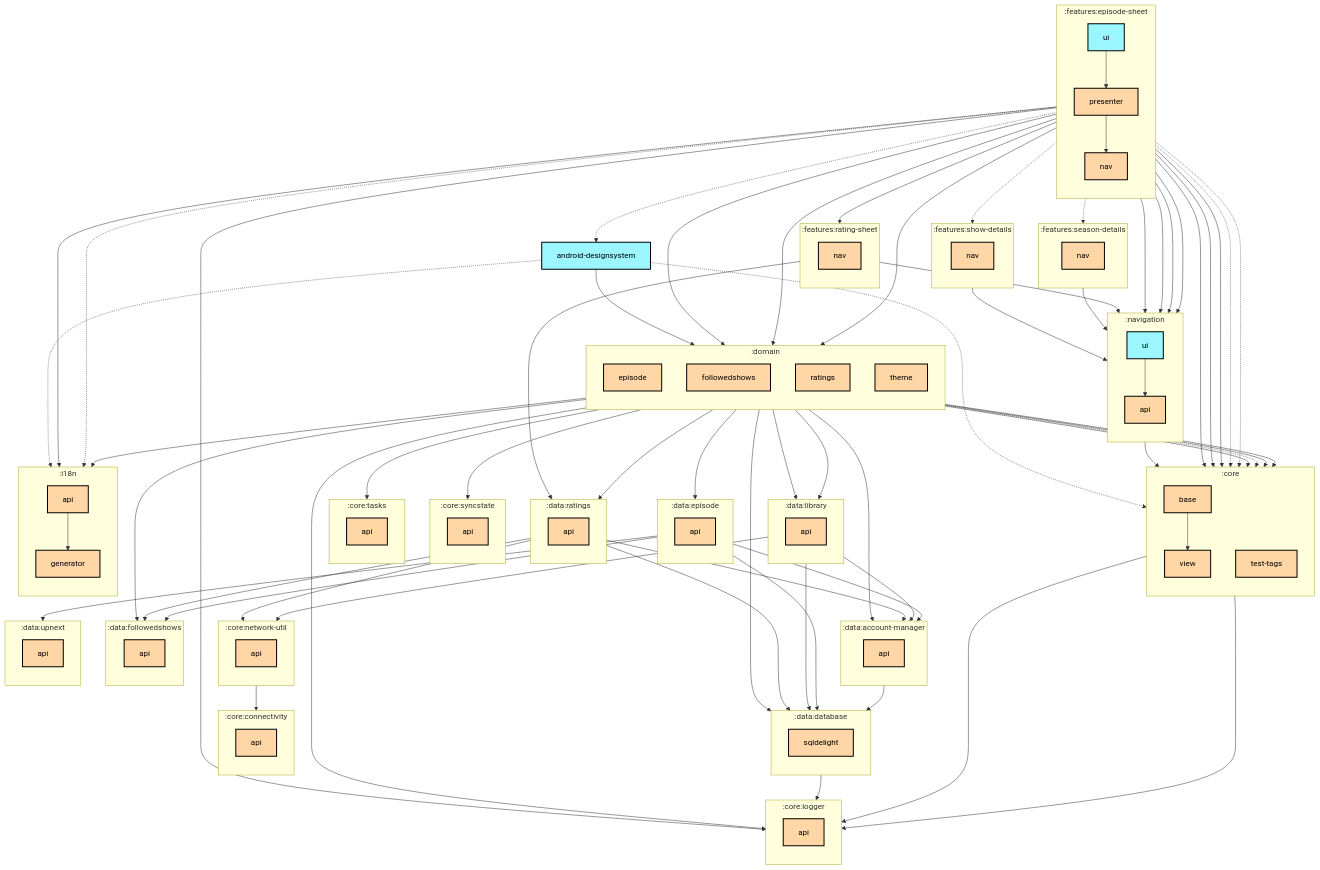
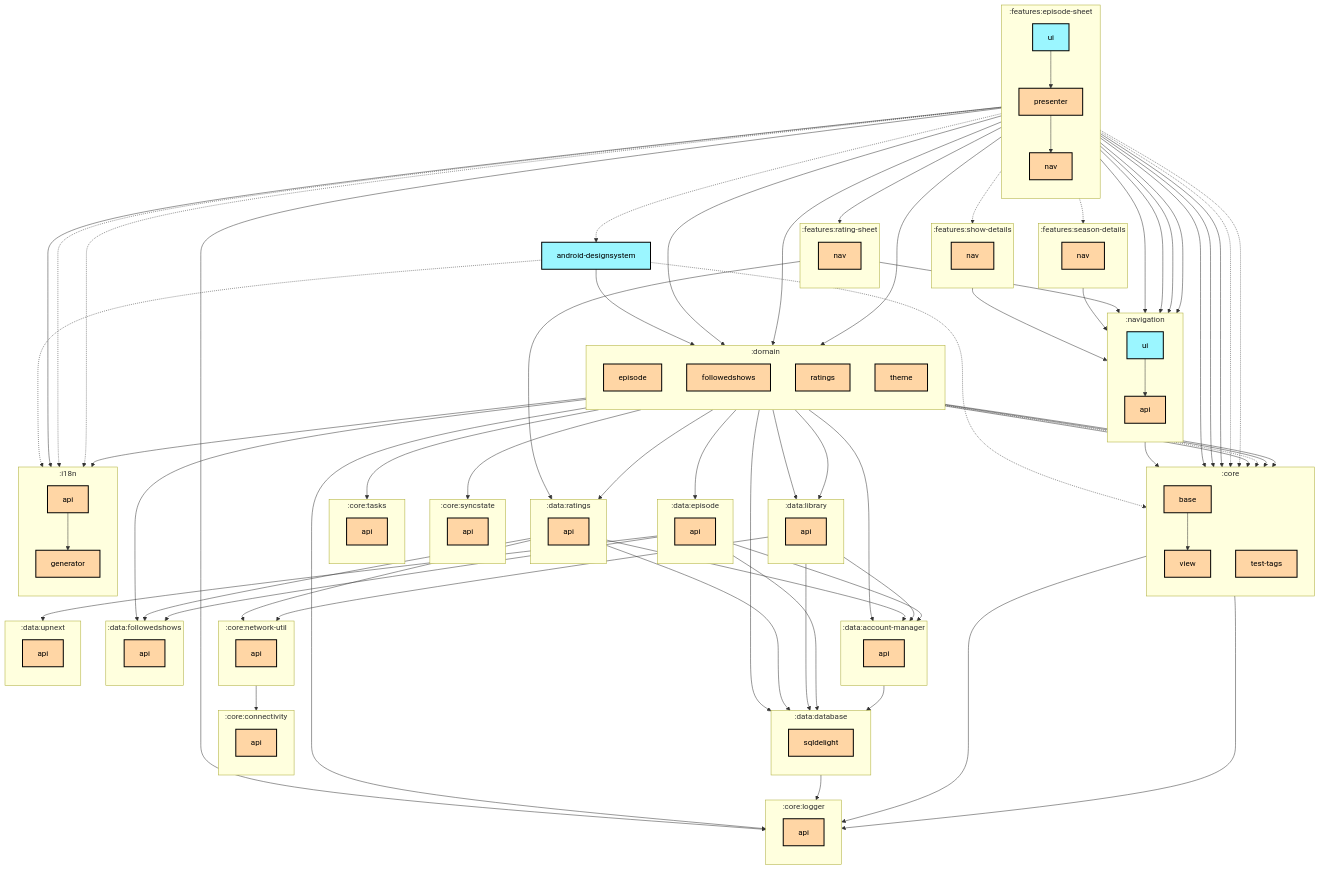
One commit to thomaskioko/tv-maniac changed the first of 2 diagrams in features/episode-sheet/ui/README.md. Above: the diagram before and after it, drawn with Mermaid. The commit also changed 1 other file, not shown here.

Commit message:
🤖 Update module graphs

```diff
--- a/features/episode-sheet/ui/README.md
+++ b/features/episode-sheet/ui/README.md
@@ -150,6 +150,7 @@
   :features:episode-sheet:ui -.-> :core:test-tags
   :features:episode-sheet:ui -.-> :core:view
   :features:episode-sheet:ui --> :features:episode-sheet:presenter
+  :features:episode-sheet:ui -.-> :i18n:generator
   :features:episode-sheet:ui --> :navigation:api
   :features:episode-sheet:ui --> :navigation:ui
   :features:rating-sheet:nav --> :data:ratings:api
```
